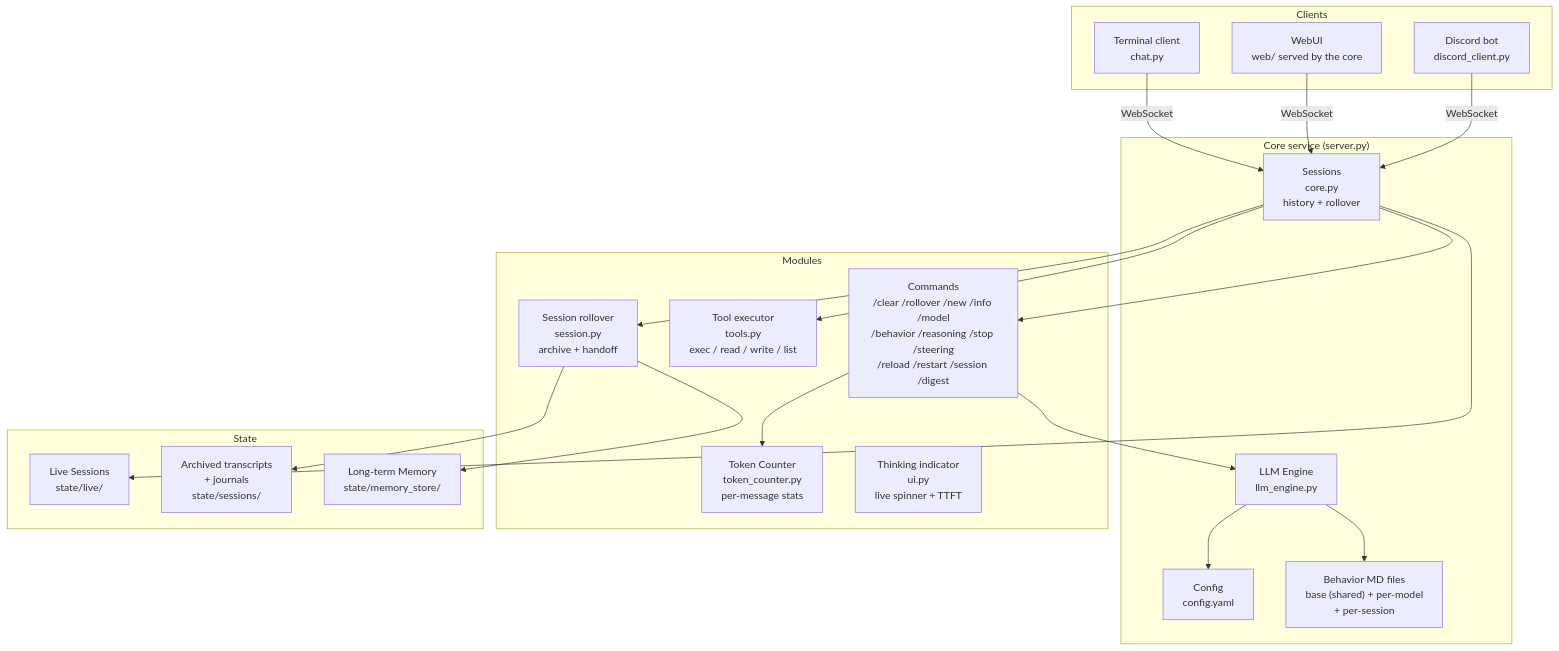
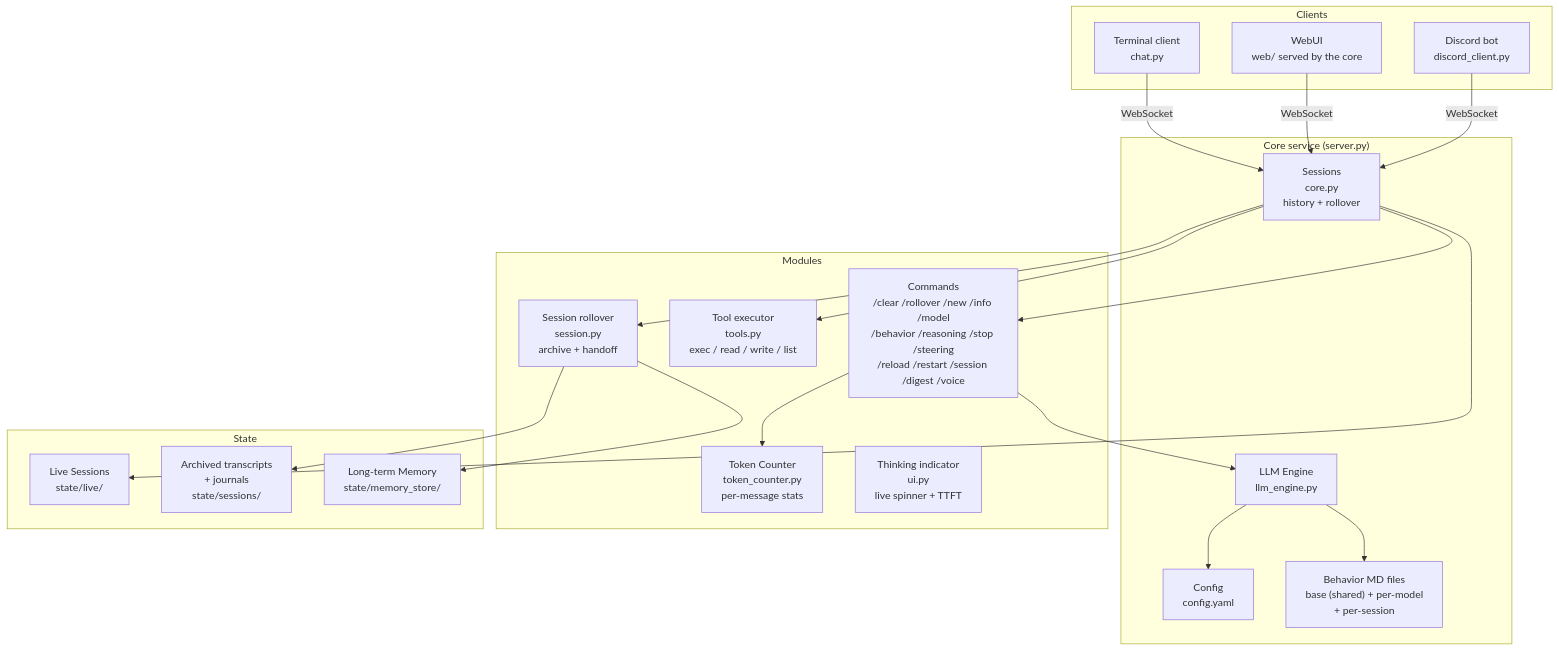
The diagram in docs/architecture.md (goluckyryan/letsClaw), drawn with Mermaid before and after one commit. The commit also changed other lines of this file and 19 other files, not shown here.

````diff
--- a/docs/architecture.md
+++ b/docs/architecture.md
@@ -11,43 +11,43 @@
 ```mermaid
 graph TD
     subgraph Clients
         REPL[Terminal client\nchat.py]
         Web[WebUI\nweb/ served by the core]
         Disc[Discord bot\ndiscord_client.py]
     end
 
     subgraph Core["Core service (server.py)"]
         Sessions2[Sessions\ncore.py\nhistory + rollover]
         Engine[LLM Engine\nllm_engine.py]
         Config[Config\nconfig.yaml]
         ModelFile["Behavior MD files\nbase (shared) + per-model\n+ per-session"]
     end
 
     subgraph Modules
-        Cmds[Commands\n/clear /rollover /new /info /model\n/behavior /reasoning /stop /steering\n/reload /restart /session /digest]
+        Cmds[Commands\n/clear /rollover /new /info /model\n/behavior /reasoning /stop /steering\n/reload /restart /session /digest /voice]
         TokenCounter[Token Counter\ntoken_counter.py\nper-message stats]
         ThinkingUI[Thinking indicator\nui.py\nlive spinner + TTFT]
         Tools[Tool executor\ntools.py\nexec / read / write / list]
         Roll[Session rollover\nsession.py\narchive + handoff]
     end
 
     subgraph State
         Live[Live Sessions\nstate/live/]
         Sessions[Archived transcripts\n+ journals\nstate/sessions/]
         Memory[Long-term Memory\nstate/memory_store/]
     end
 
     REPL -->|WebSocket| Sessions2
     Web -->|WebSocket| Sessions2
     Disc -->|WebSocket| Sessions2
     Sessions2 --> Cmds
     Sessions2 --> Tools
     Sessions2 --> Roll
     Sessions2 --> Live
     Roll --> Sessions
     Roll --> Memory
     Cmds --> Engine
     Engine --> Config
     Engine --> ModelFile
     Cmds --> TokenCounter
 ```
````
